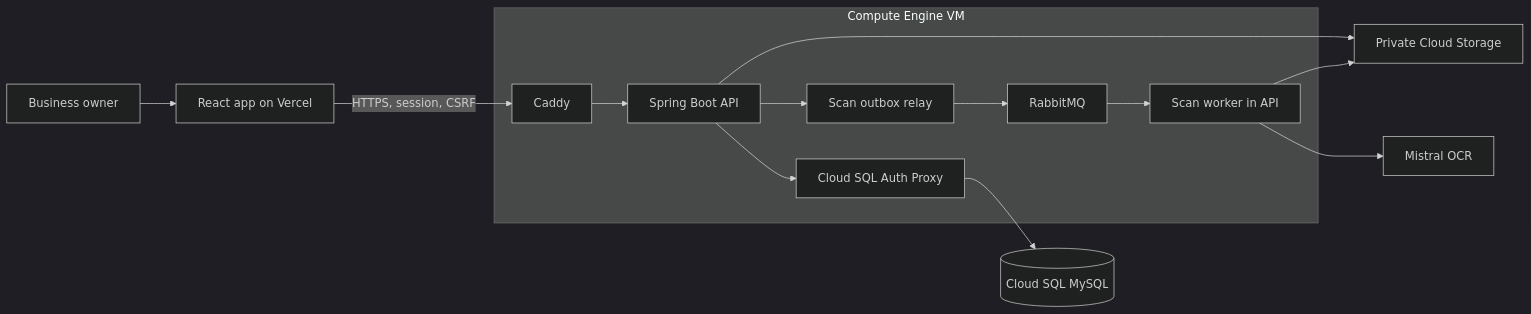
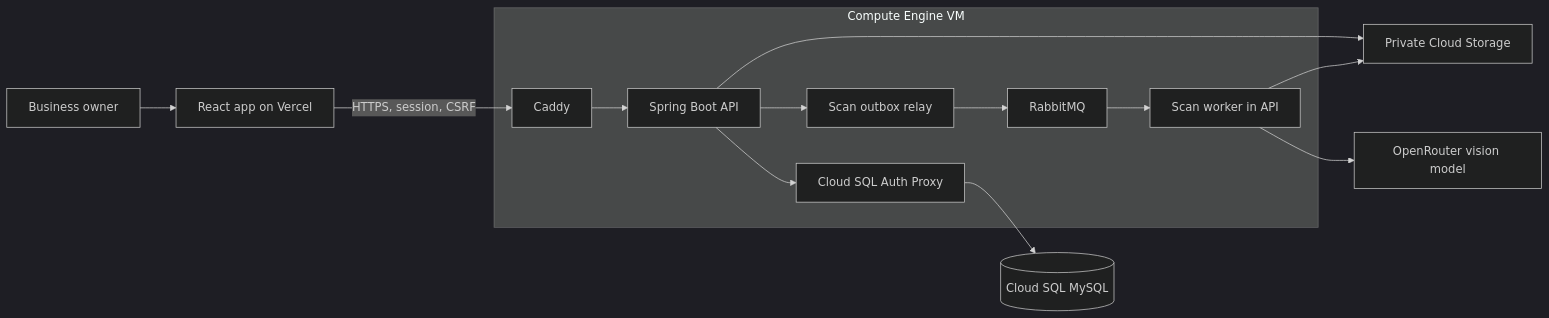
The first of 3 diagrams in README.md (sanjaygupta45/baakio-backend), drawn with Mermaid (dark theme) before and after one commit. The commit also changed other lines of this file and 9 other files, not shown here.

First line of the commit message:
Integrate OpenRouter for bill scanning

````diff
--- a/README.md
+++ b/README.md
@@ -19,16 +19,16 @@
 ```mermaid
 flowchart LR
     Owner[Business owner] --> Web[React app on Vercel]
     Web -->|HTTPS, session, CSRF| Caddy
     subgraph VM[Compute Engine VM]
         Caddy --> API[Spring Boot API]
         API --> Relay[Scan outbox relay]
         Relay --> Rabbit[RabbitMQ]
         Rabbit --> Worker[Scan worker in API]
         API --> Proxy[Cloud SQL Auth Proxy]
     end
     Proxy --> SQL[(Cloud SQL MySQL)]
     API --> GCS[Private Cloud Storage]
     Worker --> GCS
-    Worker --> OCR[Mistral OCR]
+    Worker --> OCR[OpenRouter vision model]
 ```
````
